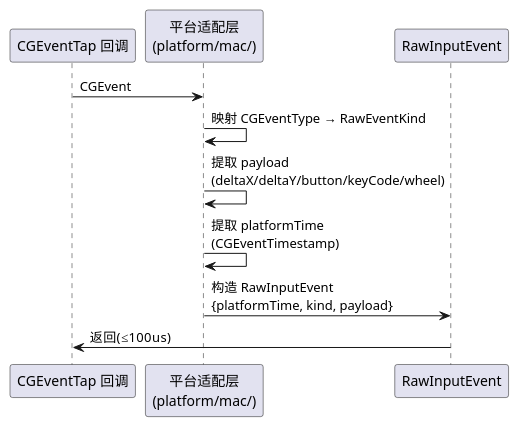
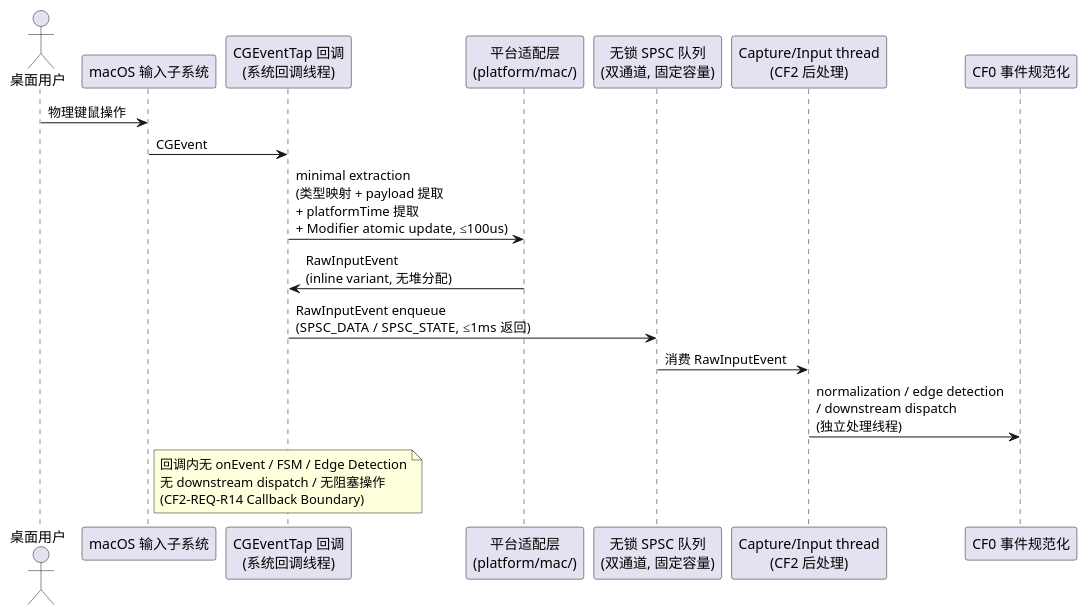
The third of 7 diagrams in docs/cf2_mac_capture/spec.md (wujupeng/CrossFlow-X), drawn with PlantUML before and after one commit. The commit also changed other lines of this file, not shown here.

First line of the commit message:
docs(cf2): CF2 Requirements Amendment v1.4 - R14 callback boundary consistency

````diff
--- a/docs/cf2_mac_capture/spec.md
+++ b/docs/cf2_mac_capture/spec.md
@@ -442,14 +448,20 @@
 ```plantuml
 @startuml
-participant "CGEventTap 回调" as Tap
+actor "桌面用户" as U
+participant "macOS 输入子系统" as MacIO
+participant "CGEventTap 回调\n(系统回调线程)" as Tap
 participant "平台适配层\n(platform/mac/)" as Adapt
-participant "RawInputEvent" as Raw
+participant "无锁 SPSC 队列\n(双通道, 固定容量)" as Q
+participant "Capture/Input thread\n(CF2 后处理)" as Cap
+participant "CF0 事件规范化" as Norm
 
-Tap -> Adapt : CGEvent
-Adapt -> Adapt : 映射 CGEventType → RawEventKind
-Adapt -> Adapt : 提取 payload\n(deltaX/deltaY/button/keyCode/wheel)
-Adapt -> Adapt : 提取 platformTime\n(CGEventTimestamp)
-Adapt -> Raw : 构造 RawInputEvent\n{platformTime, kind, payload}
-Raw -> Tap : 返回(≤100us)
+U -> MacIO : 物理键鼠操作
+MacIO -> Tap : CGEvent
+Tap -> Adapt : minimal extraction\n(类型映射 + payload 提取\n+ platformTime 提取\n+ Modifier atomic update, ≤100us)
+Adapt -> Tap : RawInputEvent\n(inline variant, 无堆分配)
+Tap -> Q : RawInputEvent enqueue\n(SPSC_DATA / SPSC_STATE, ≤1ms 返回)
+Q -> Cap : 消费 RawInputEvent
+Cap -> Norm : normalization / edge detection\n/ downstream dispatch\n(独立处理线程)
+note over Tap: 回调内无 onEvent / FSM / Edge Detection\n无 downstream dispatch / 无阻塞操作\n(CF2-REQ-R14 Callback Boundary)
 @enduml
 ```
````
